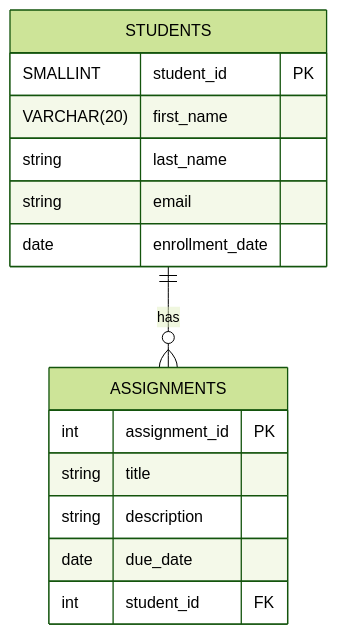
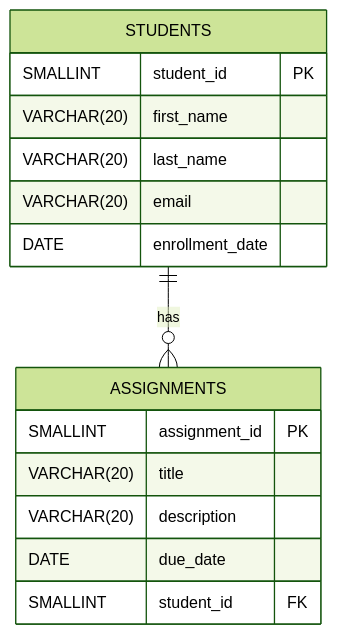
The diagram in ERD_Gradebook.md (rbsteffes/CTI_110_SP2025), drawn with Mermaid (forest theme) before and after one commit.

````diff
--- a/ERD_Gradebook.md
+++ b/ERD_Gradebook.md
@@ -1,19 +1,19 @@
 ```mermaid
 erDiagram
     STUDENTS {
         SMALLINT student_id PK
         VARCHAR(20) first_name
-        string last_name
-        string email
-        date enrollment_date
+        VARCHAR(20) last_name
+        VARCHAR(20) email
+        DATE enrollment_date
     }
     ASSIGNMENTS {
-        int assignment_id PK
-        string title
-        string description
-        date due_date
-        int student_id FK
+        SMALLINT assignment_id PK
+        VARCHAR(20) title
+        VARCHAR(20) description
+        DATE due_date
+        SMALLINT student_id FK
     }
     STUDENTS ||--o{ ASSIGNMENTS : "has"
 
 ```
````
